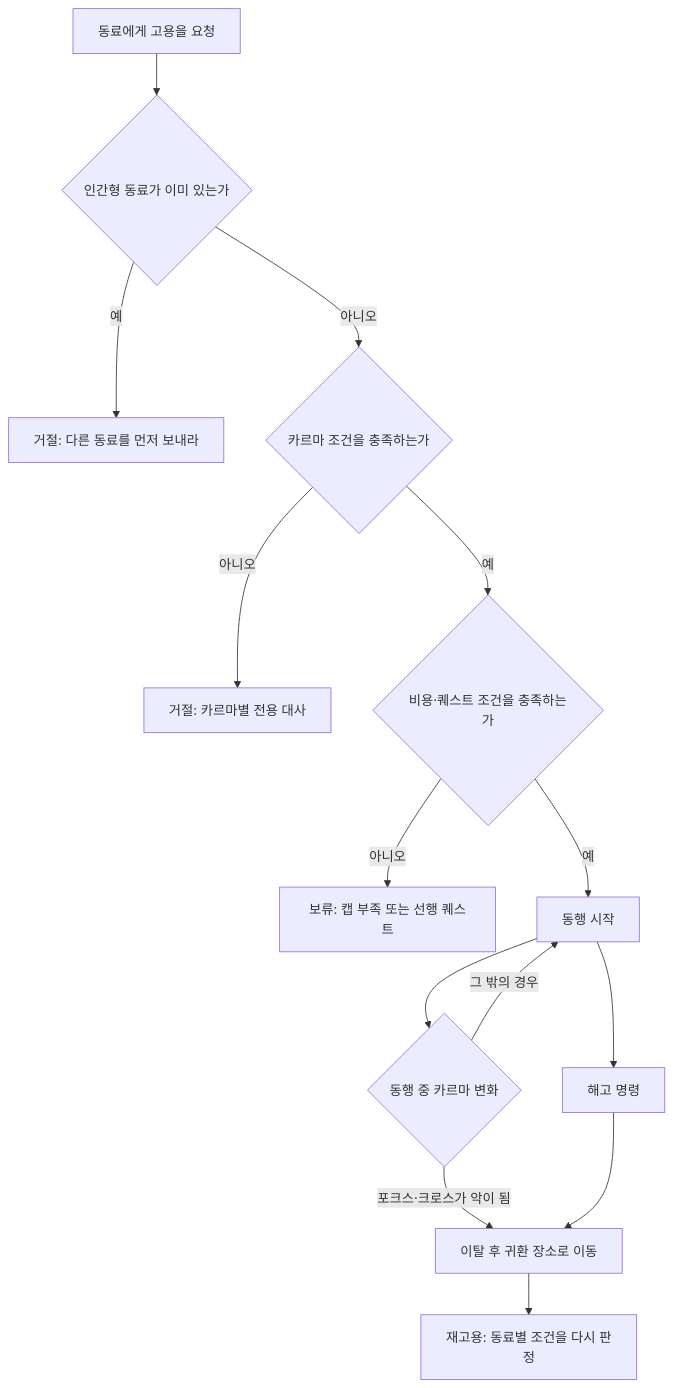
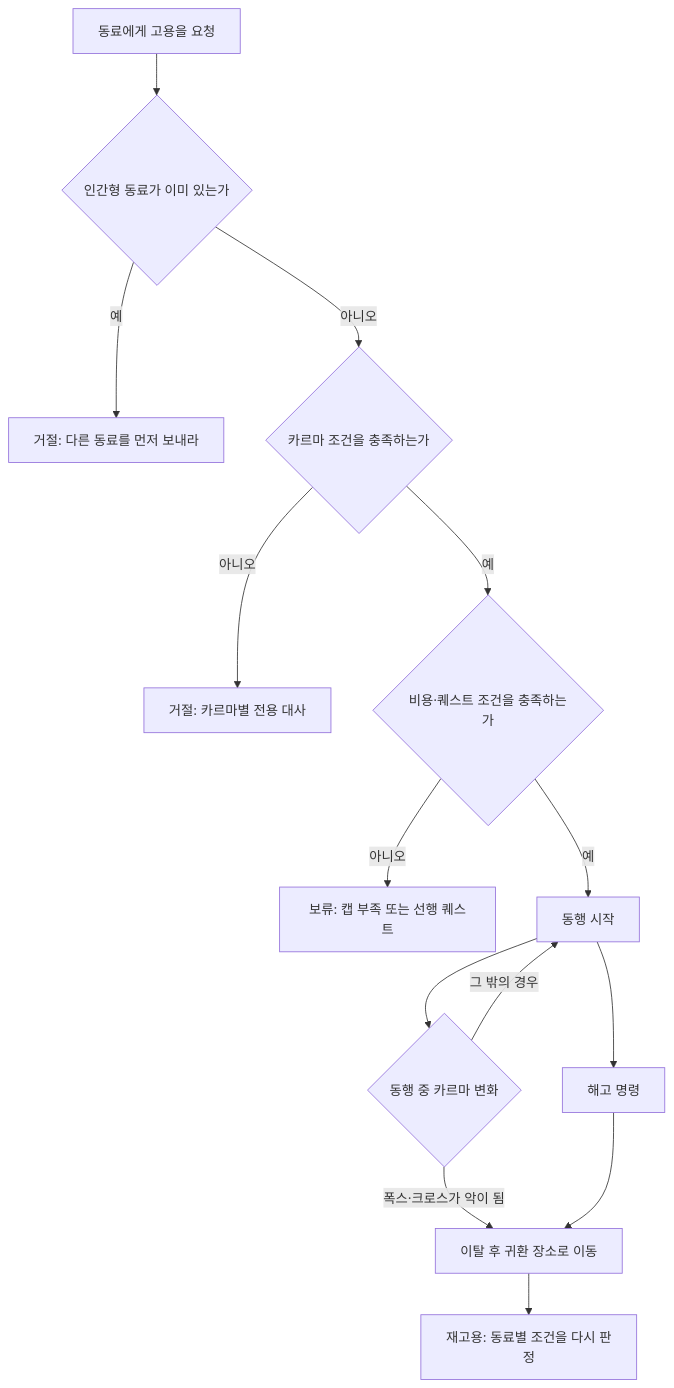
The fourth of 5 diagrams in docs/reverse-design/10_characters-major-companions.md (forsurvive/003), drawn with Mermaid before and after one commit. The commit also changed other lines of this file and 21 other files, not shown here.

````diff
--- a/docs/reverse-design/10_characters-major-companions.md
+++ b/docs/reverse-design/10_characters-major-companions.md
@@ -1234,16 +1236,16 @@
 ```mermaid
 flowchart TD
     A["동료에게 고용을 요청"] --> B{"인간형 동료가 이미 있는가"}
     B -->|예| R1["거절: 다른 동료를 먼저 보내라"]
     B -->|아니오| C{"카르마 조건을 충족하는가"}
     C -->|아니오| R2["거절: 카르마별 전용 대사"]
     C -->|예| D{"비용·퀘스트 조건을 충족하는가"}
     D -->|아니오| R3["보류: 캡 부족 또는 선행 퀘스트"]
     D -->|예| E["동행 시작"]
     E --> F{"동행 중 카르마 변화"}
-    F -->|포크스·크로스가 악이 됨| G["이탈 후 귀환 장소로 이동"]
+    F -->|폭스·크로스가 악이 됨| G["이탈 후 귀환 장소로 이동"]
     F -->|그 밖의 경우| E
     E --> H["해고 명령"]
     H --> G
     G --> I["재고용: 동료별 조건을 다시 판정"]
 ```
````
